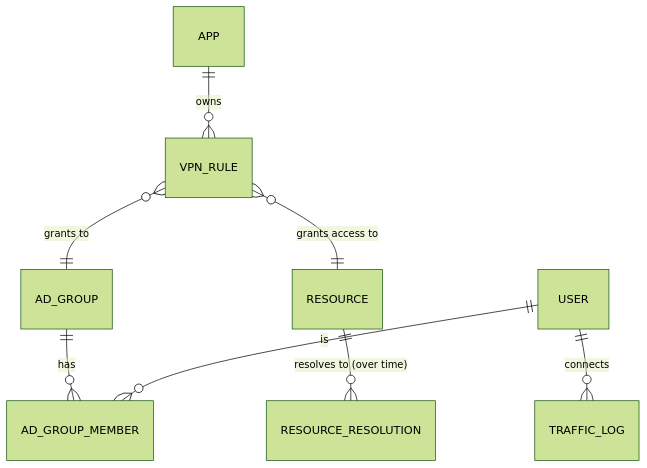
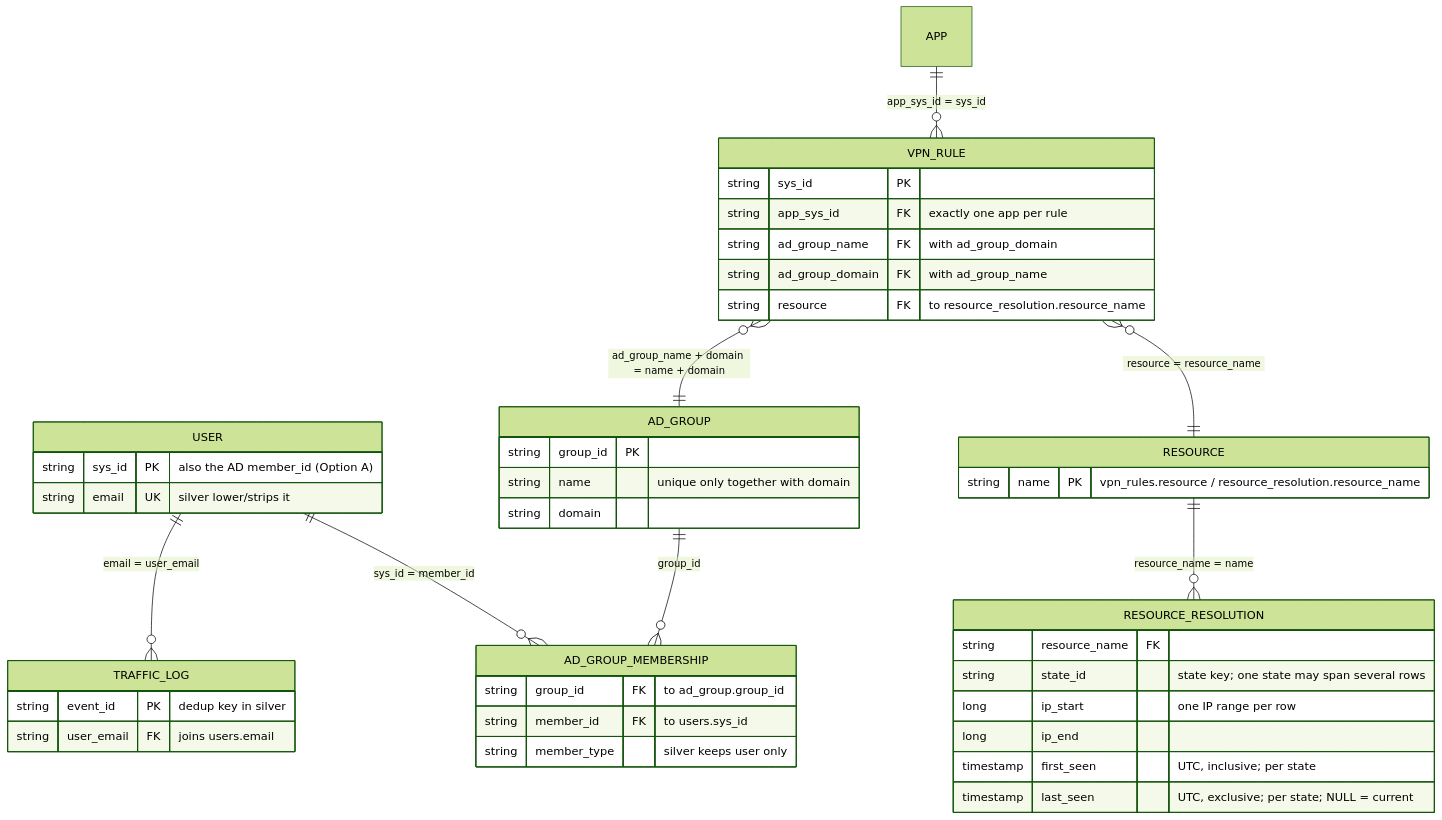
One commit to carlosganduglia-cloud/network-usage-medallion changed the first of 2 diagrams in docs/architecture.md. Above: the diagram before and after it, drawn with Mermaid (forest theme). The commit also changed other lines of this file and 3 other files, not shown here.

First line of the commit message:
Add landing schemas, config, and architecture decisions

````diff
--- a/docs/architecture.md
+++ b/docs/architecture.md
@@ -33,10 +33,47 @@
 ```mermaid
 erDiagram
-    APP ||--o{ VPN_RULE : owns
-    VPN_RULE }o--|| AD_GROUP : "grants to"
-    VPN_RULE }o--|| RESOURCE : "grants access to"
-    RESOURCE ||--o{ RESOURCE_RESOLUTION : "resolves to (over time)"
-    AD_GROUP ||--o{ AD_GROUP_MEMBER : has
-    USER ||--o{ AD_GROUP_MEMBER : "is"
-    USER ||--o{ TRAFFIC_LOG : "connects"
+    USER {
+        string sys_id PK "also the AD member_id (Option A)"
+        string email UK "silver lower/strips it"
+    }
+    TRAFFIC_LOG {
+        string event_id PK "dedup key in silver"
+        string user_email FK "joins users.email"
+    }
+    AD_GROUP {
+        string group_id PK
+        string name "unique only together with domain"
+        string domain
+    }
+    AD_GROUP_MEMBERSHIP {
+        string group_id FK "to ad_group.group_id"
+        string member_id FK "to users.sys_id"
+        string member_type "silver keeps user only"
+    }
+    VPN_RULE {
+        string sys_id PK
+        string app_sys_id FK "exactly one app per rule"
+        string ad_group_name FK "with ad_group_domain"
+        string ad_group_domain FK "with ad_group_name"
+        string resource FK "to resource_resolution.resource_name"
+    }
+    RESOURCE {
+        string name PK "vpn_rules.resource / resource_resolution.resource_name"
+    }
+    RESOURCE_RESOLUTION {
+        string resource_name FK
+        string state_id "state key; one state may span several rows"
+        long ip_start "one IP range per row"
+        long ip_end
+        timestamp first_seen "UTC, inclusive; per state"
+        timestamp last_seen "UTC, exclusive; per state; NULL = current"
+    }
+
+    APP ||--o{ VPN_RULE : "app_sys_id = sys_id"
+    USER ||--o{ TRAFFIC_LOG : "email = user_email"
+    USER ||--o{ AD_GROUP_MEMBERSHIP : "sys_id = member_id"
+    AD_GROUP ||--o{ AD_GROUP_MEMBERSHIP : "group_id"
+    VPN_RULE }o--|| AD_GROUP : "ad_group_name + domain = name + domain"
+    VPN_RULE }o--|| RESOURCE : "resource = resource_name"
+    RESOURCE ||--o{ RESOURCE_RESOLUTION : "resource_name = name"
 ```
````
